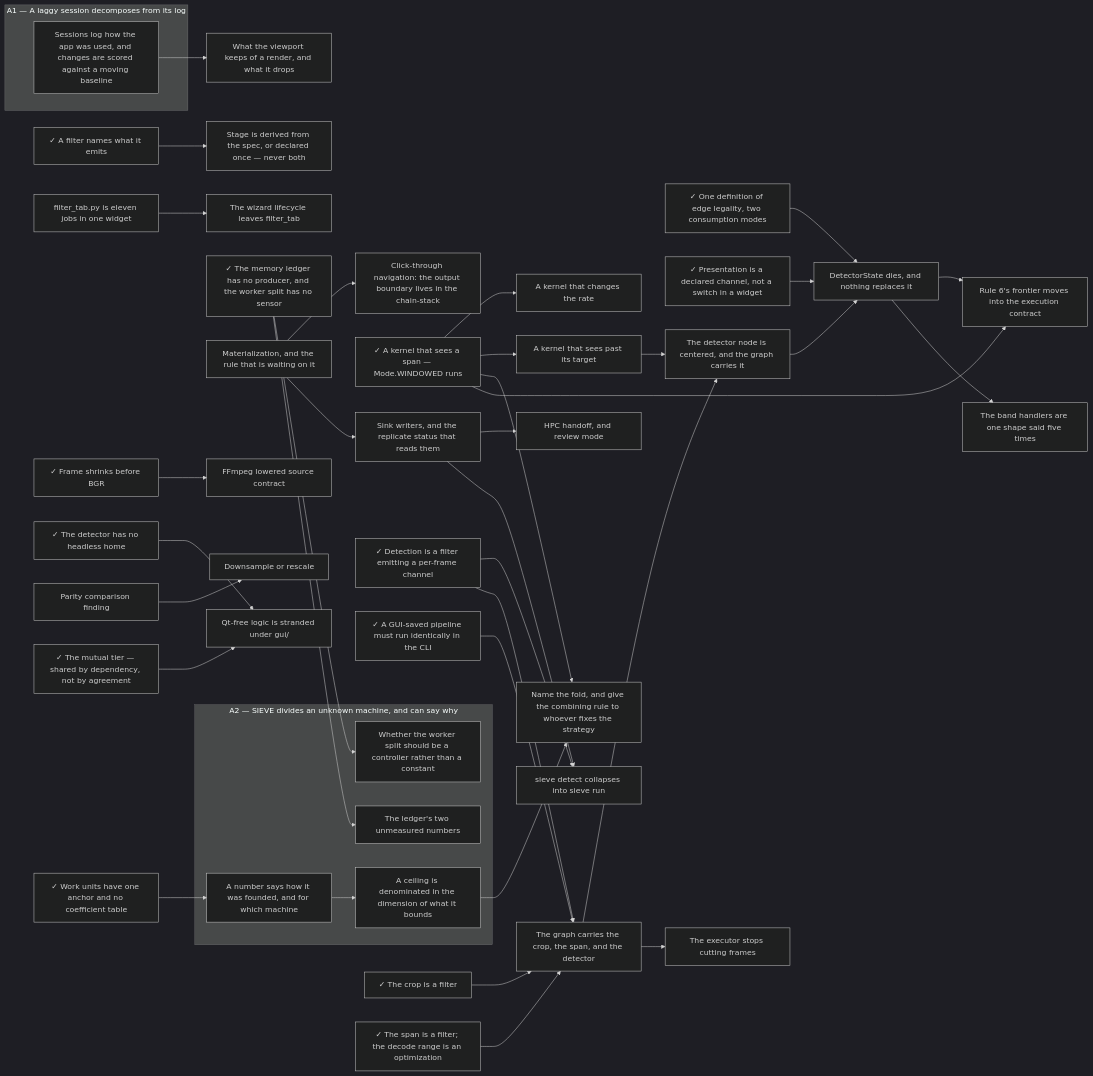
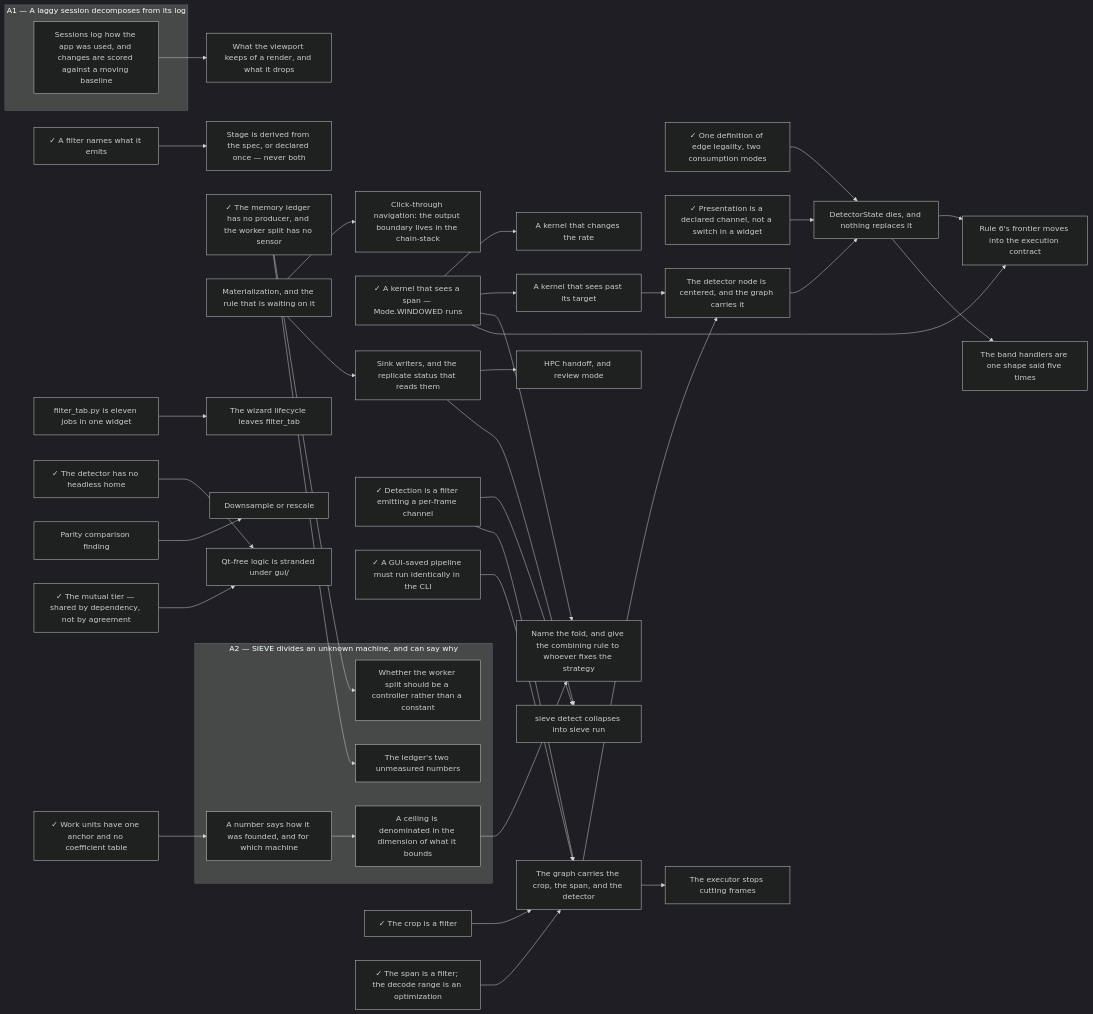
The diagram in docs/.state.md (soulsynapse/antscihub-SIEVE), drawn with Mermaid (dark theme) before and after one commit. The commit also changed other lines of this file and 23 other files, not shown here.

````diff
--- a/docs/.state.md
+++ b/docs/.state.md
@@ -108,80 +106,77 @@
 ```mermaid
 graph LR
   subgraph A1["A1 — A laggy session decomposes from its log"]
       slow_path_surfacing["Sessions log how the app was used, and changes are scored against a moving baseline"]
   end
   subgraph A2["A2 — SIEVE divides an unknown machine, and can say why"]
       a_number_says_how_it_was_founded["A number says how it was founded, and for which machine"]
       adaptive_worker_allocation["Whether the worker split should be a controller rather than a constant"]
       ceilings_in_the_dimension_they_bound["A ceiling is denominated in the dimension of what it bounds"]
       ledger_measurements["The ledger's two unmeasured numbers"]
   end
     a_filter_names_what_it_emits["✓ A filter names what it emits"]
     a_kernel_that_changes_the_rate["A kernel that changes the rate"]
     a_kernel_that_sees_a_span["✓ A kernel that sees a span — Mode.WINDOWED runs"]
     a_kernel_that_sees_past_its_target["A kernel that sees past its target"]
     click_through_navigation["Click-through navigation: the output boundary lives in the chain-stack"]
     detection_is_a_filter["✓ Detection is a filter emitting a per-frame channel"]
     detector_state_dies["DetectorState dies, and nothing replaces it"]
     downsample_or_rescale["Downsample or rescale"]
-    ffmpeg_lowered_source_contract["FFmpeg lowered source contract"]
     filter_tab_is_eleven_jobs["filter_tab.py is eleven jobs in one widget"]
-    frame_shrinks_before_bgr["✓ Frame shrinks before BGR"]
     gui_cli_execution_parity["✓ A GUI-saved pipeline must run identically in the CLI"]
     headless_detection["✓ The detector has no headless home"]
     hpc_handoff_and_review_mode["HPC handoff, and review mode"]
     ledger_producers["✓ The memory ledger has no producer, and the worker split has no sensor"]
     materialization["Materialization, and the rule that is waiting on it"]
     name_the_fold["Name the fold, and give the combining rule to whoever fixes the strategy"]
     one_definition_of_edge_legality["✓ One definition of edge legality, two consumption modes"]
     parity_comparison_finding["Parity comparison finding"]
     presentation_is_a_channel_not_a_switch["✓ Presentation is a declared channel, not a switch in a widget"]
     proxy_retention_policy["What the viewport keeps of a render, and what it drops"]
     qt_free_logic_under_gui["Qt-free logic is stranded under gui/"]
     rule_sixs_frontier_moves_into_the_contract["Rule 6's frontier moves into the execution contract"]
     sieve_detect_collapses_into_sieve_run["sieve detect collapses into sieve run"]
     sink_writers["Sink writers, and the replicate status that reads them"]
     stage_is_derived_or_declared_once["Stage is derived from the spec, or declared once — never both"]
     the_band_handlers_are_one_shape_said_five_times["The band handlers are one shape said five times"]
     the_crop_is_a_filter["✓ The crop is a filter"]
     the_detector_node_is_centered["The detector node is centered, and the graph carries it"]
     the_executor_stops_cutting_frames["The executor stops cutting frames"]
     the_graph_carries_the_crop_the_span_and_the_detector["The graph carries the crop, the span, and the detector"]
     the_mutual_tier["✓ The mutual tier — shared by dependency, not by agreement"]
     the_span_is_a_filter["✓ The span is a filter; the decode range is an optimization"]
     the_wizard_lifecycle_leaves_filter_tab["The wizard lifecycle leaves filter_tab"]
     work_units_have_one_anchor["✓ Work units have one anchor and no coefficient table"]
     a_kernel_that_sees_a_span --> a_kernel_that_changes_the_rate
     a_kernel_that_sees_a_span --> a_kernel_that_sees_past_its_target
     work_units_have_one_anchor --> a_number_says_how_it_was_founded
     ledger_producers --> adaptive_worker_allocation
     a_number_says_how_it_was_founded --> ceilings_in_the_dimension_they_bound
     materialization --> click_through_navigation
     the_detector_node_is_centered --> detector_state_dies
     one_definition_of_edge_legality --> detector_state_dies
     presentation_is_a_channel_not_a_switch --> detector_state_dies
     parity_comparison_finding --> downsample_or_rescale
-    frame_shrinks_before_bgr --> ffmpeg_lowered_source_contract
     sink_writers --> hpc_handoff_and_review_mode
     ledger_producers --> ledger_measurements
     ceilings_in_the_dimension_they_bound --> name_the_fold
     a_kernel_that_sees_a_span --> name_the_fold
     slow_path_surfacing --> proxy_retention_policy
     headless_detection --> qt_free_logic_under_gui
     the_mutual_tier --> qt_free_logic_under_gui
     a_kernel_that_sees_a_span --> rule_sixs_frontier_moves_into_the_contract
     detector_state_dies --> rule_sixs_frontier_moves_into_the_contract
     detection_is_a_filter --> sieve_detect_collapses_into_sieve_run
     sink_writers --> sieve_detect_collapses_into_sieve_run
     materialization --> sink_writers
     a_filter_names_what_it_emits --> stage_is_derived_or_declared_once
     detector_state_dies --> the_band_handlers_are_one_shape_said_five_times
     the_graph_carries_the_crop_the_span_and_the_detector --> the_detector_node_is_centered
     a_kernel_that_sees_past_its_target --> the_detector_node_is_centered
     the_graph_carries_the_crop_the_span_and_the_detector --> the_executor_stops_cutting_frames
     the_crop_is_a_filter --> the_graph_carries_the_crop_the_span_and_the_detector
     the_span_is_a_filter --> the_graph_carries_the_crop_the_span_and_the_detector
     detection_is_a_filter --> the_graph_carries_the_crop_the_span_and_the_detector
     gui_cli_execution_parity --> the_graph_carries_the_crop_the_span_and_the_detector
     filter_tab_is_eleven_jobs --> the_wizard_lifecycle_leaves_filter_tab
 ```
````
